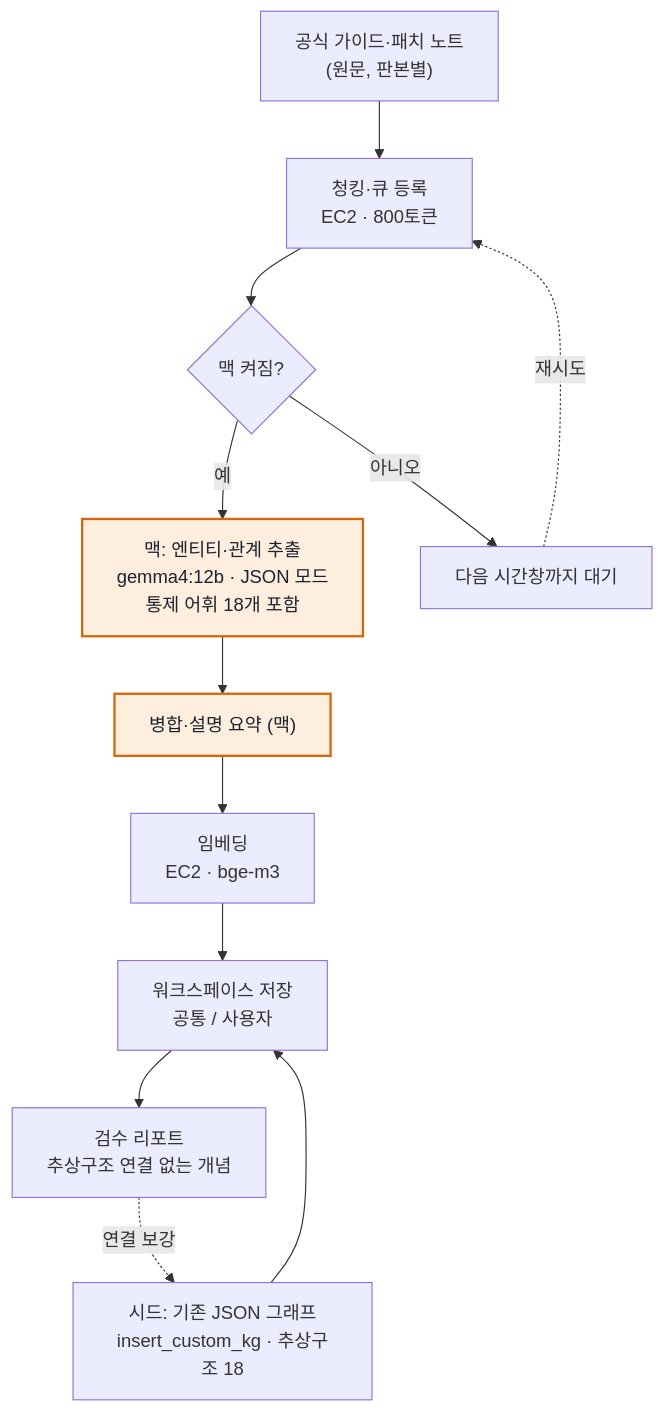
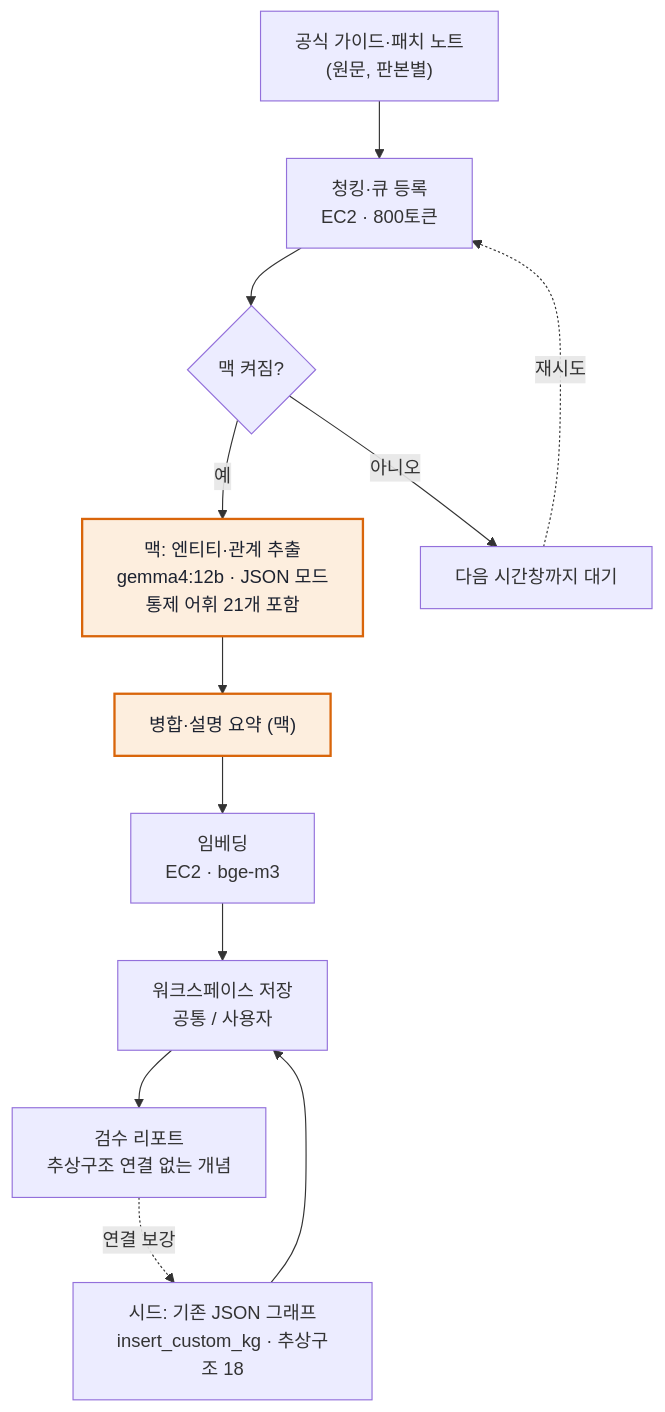
The third of 5 diagrams in docs/architecture-lightrag.md (roasted-penguin/good-metaphor), drawn with Mermaid before and after one commit. The commit also changed other lines of this file and 3 other files, not shown here.

````diff
--- a/docs/architecture-lightrag.md
+++ b/docs/architecture-lightrag.md
@@ -115,12 +115,12 @@
 ```mermaid
 flowchart TB
   docs["공식 가이드·패치 노트<br/>(원문, 판본별)"] --> chunk["청킹·큐 등록<br/>EC2 · 800토큰"] --> q{"맥 켜짐?"}
-  q -->|예| ext["맥: 엔티티·관계 추출<br/>gemma4:12b · JSON 모드<br/>통제 어휘 18개 포함"]
+  q -->|예| ext["맥: 엔티티·관계 추출<br/>gemma4:12b · JSON 모드<br/>통제 어휘 21개 포함"]
   q -->|아니오| wait["다음 시간창까지 대기"] -. 재시도 .-> chunk
   ext --> merge["병합·설명 요약 (맥)"] --> emb["임베딩<br/>EC2 · bge-m3"] --> store["워크스페이스 저장<br/>공통 / 사용자"] --> review["검수 리포트<br/>추상구조 연결 없는 개념"]
   seed["시드: 기존 JSON 그래프<br/>insert_custom_kg · 추상구조 18"] --> store
   review -. 연결 보강 .-> seed
 
   classDef local fill:#fdeede,stroke:#d9650a,stroke-width:2px,color:#1c2230
   class ext,merge local
 ```
````
